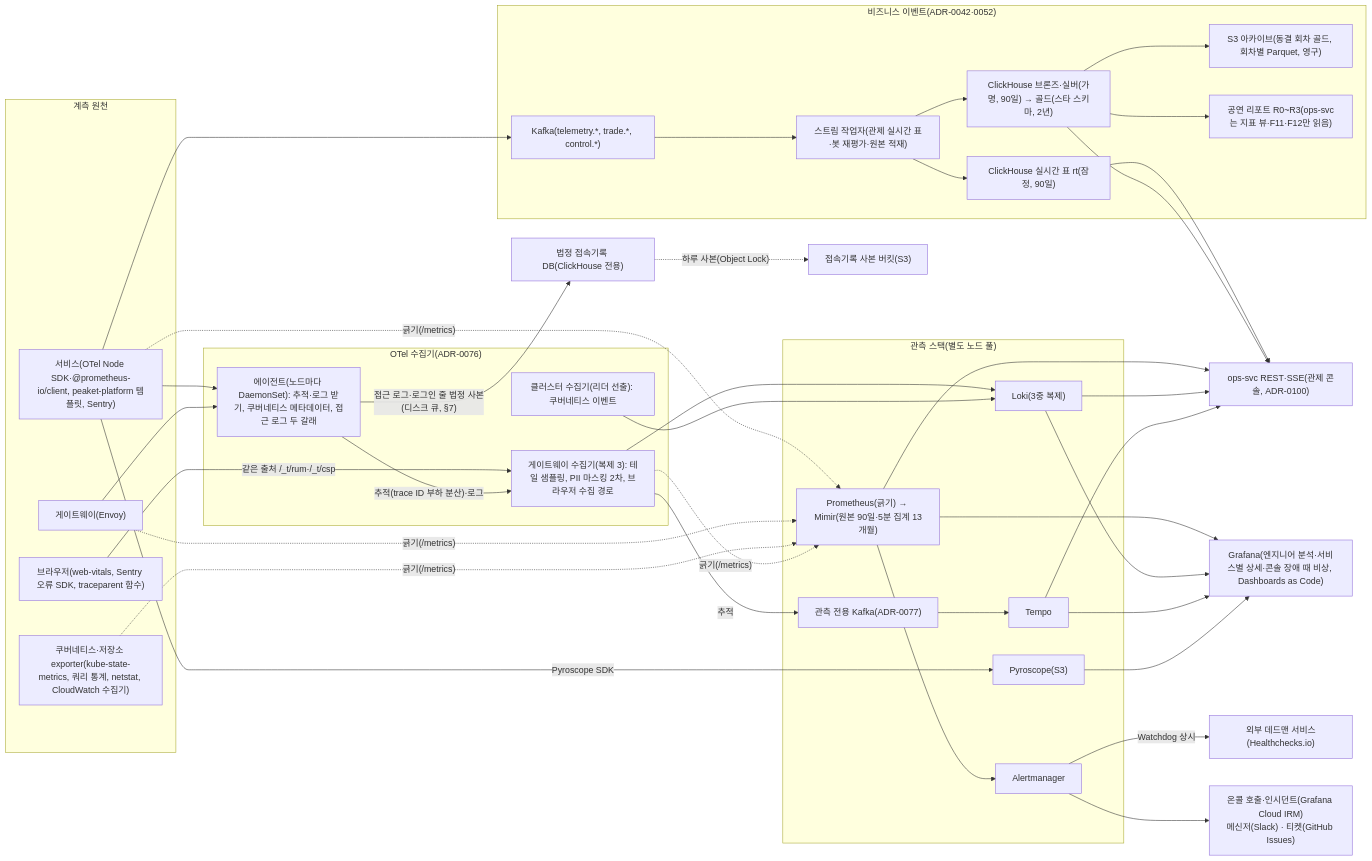
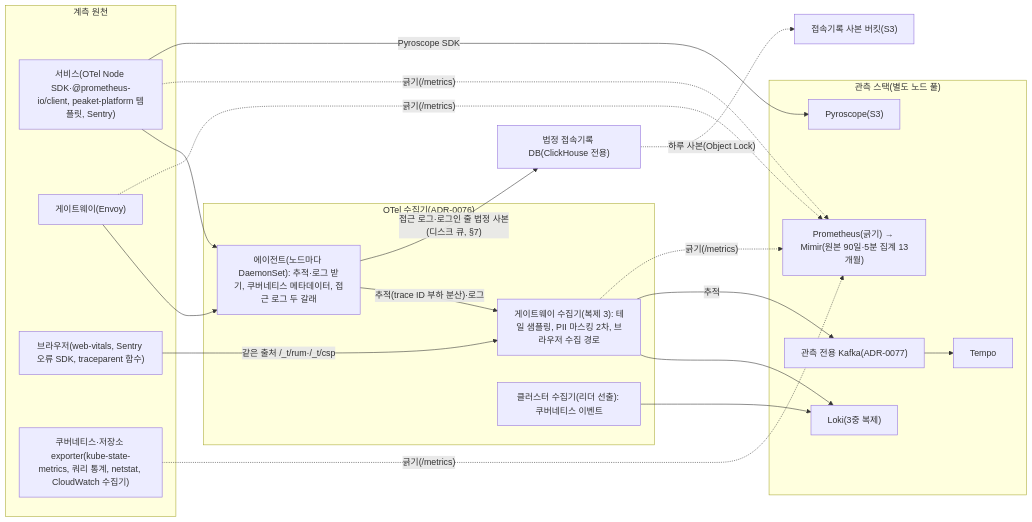
Before and after one commit to peaket/peaket: the first of 2 diagrams in docs/observability.md, drawn with Mermaid. The commit also changed other lines of this file and 101 other files, not shown here.

````diff
--- a/docs/observability.md
+++ b/docs/observability.md
@@ -10,38 +14,33 @@
 ```mermaid
 flowchart LR
     subgraph SRC["계측 원천"]
-        SVC["서비스(OTel Node SDK·@prometheus-io/client, peaket-platform 템플릿, Sentry)"]; GW["게이트웨이(Envoy)"]; FE["브라우저(web-vitals, Sentry 오류 SDK, traceparent 함수)"]; K8S["쿠버네티스·저장소 exporter(kube-state-metrics, 쿼리 통계, netstat, CloudWatch 수집기)"]
+        SVC["서비스(OTel Node SDK·@prometheus-io/client, peaket-platform 템플릿, Sentry)"]
+        GW["게이트웨이(Envoy)"]
+        FE["브라우저(web-vitals, Sentry 오류 SDK, traceparent 함수)"]
+        K8S["쿠버네티스·저장소 exporter(kube-state-metrics, 쿼리 통계, netstat, CloudWatch 수집기)"]
     end
     subgraph COLL["OTel 수집기(ADR-0076)"]
         AGT["에이전트(노드마다 DaemonSet): 추적·로그 받기, 쿠버네티스 메타데이터, 접근 로그 두 갈래"]
         GWC["게이트웨이 수집기(복제 3): 테일 샘플링, PII 마스킹 2차, 브라우저 수집 경로"]
         CLU["클러스터 수집기(리더 선출): 쿠버네티스 이벤트"]
     end
     ACC["법정 접속기록 DB(ClickHouse 전용)"]
+    ACCB["접속기록 사본 버킷(S3)"]
     subgraph STORE["관측 스택(별도 노드 풀)"]
-        PROM["Prometheus(긁기) → Mimir(원본 90일·5분 집계 13개월)"]; LOKI["Loki(3중 복제)"]; OKAFKA["관측 전용 Kafka(ADR-0077)"]; TEMPO["Tempo"]; PYRO["Pyroscope(S3)"]; AM["Alertmanager"]
-    end
-    subgraph BIZ["비즈니스 이벤트(ADR-0042·0052)"]
-        KAFKA["Kafka(telemetry.*, trade.*, control.*)"] --> FLINK["스트림 작업자(관제 실시간 표·봇 재평가·원본 적재)"]
-        FLINK --> RT["ClickHouse 실시간 표 rt(잠정, 90일)"]
-        FLINK --> CH["ClickHouse 브론즈·실버(가명, 90일) → 골드(스타 스키마, 2년)"]
-        CH --> ICE["S3 아카이브(동결 회차 골드, 회차별 Parquet, 영구)"]
-        CH --> REPORT["공연 리포트 R0~R3(ops-svc는 지표 뷰·F11·F12만 읽음)"]
+        PROM["Prometheus(긁기) → Mimir(원본 90일·5분 집계 13개월)"]
+        LOKI["Loki(3중 복제)"]
+        OKAFKA["관측 전용 Kafka(ADR-0077)"]
+        TEMPO["Tempo"]
+        PYRO["Pyroscope(S3)"]
     end
     SVC & GW --> AGT
     FE -->|"같은 출처 /_t/rum·/_t/csp"| GWC
     AGT -->|"추적(trace ID 부하 분산)·로그"| GWC
     AGT -->|"접근 로그·로그인 줄 법정 사본(디스크 큐, §7)"| ACC
-    ACC -.->|"하루 사본(Object Lock)"| ACCB["접속기록 사본 버킷(S3)"]
+    ACC -.->|"하루 사본(Object Lock)"| ACCB
     GWC --> LOKI
     GWC -->|"추적"| OKAFKA --> TEMPO
     CLU --> LOKI
     SVC & GW & K8S & GWC -.->|"긁기(/metrics)"| PROM
     SVC -->|"Pyroscope SDK"| PYRO
-    SVC --> KAFKA
-    PROM --> AM
-    PROM & LOKI & TEMPO & RT & CH --> OPS["ops-svc REST·SSE(관제 콘솔, ADR-0100)"]
-    PROM & LOKI & TEMPO & PYRO --> GRAF["Grafana(엔지니어 분석·서비스별 상세·콘솔 장애 때 비상, Dashboards as Code)"]
-    AM -->|"Watchdog 상시"| EXT["외부 데드맨 서비스(Healthchecks.io)"]
-    AM --> ONCALL["온콜 호출·인시던트(Grafana Cloud IRM)\n메신저(Slack) · 티켓(GitHub Issues)"]
 ```
````
